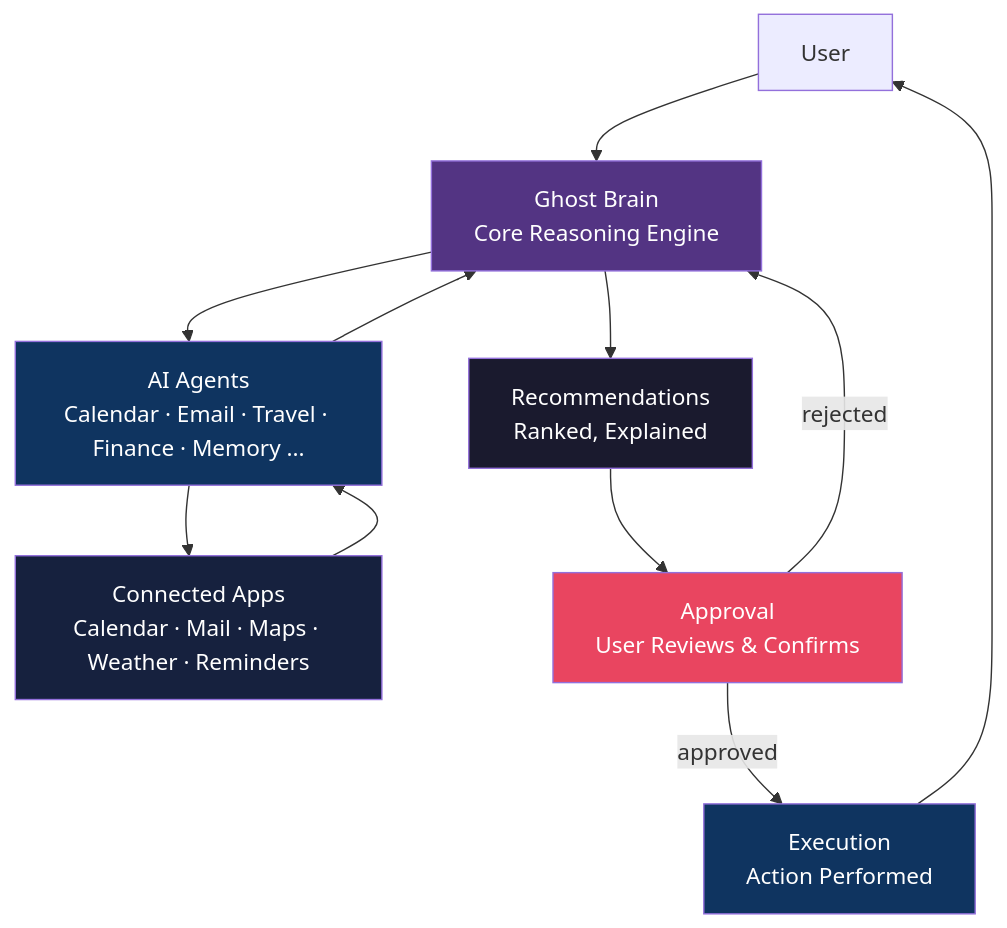
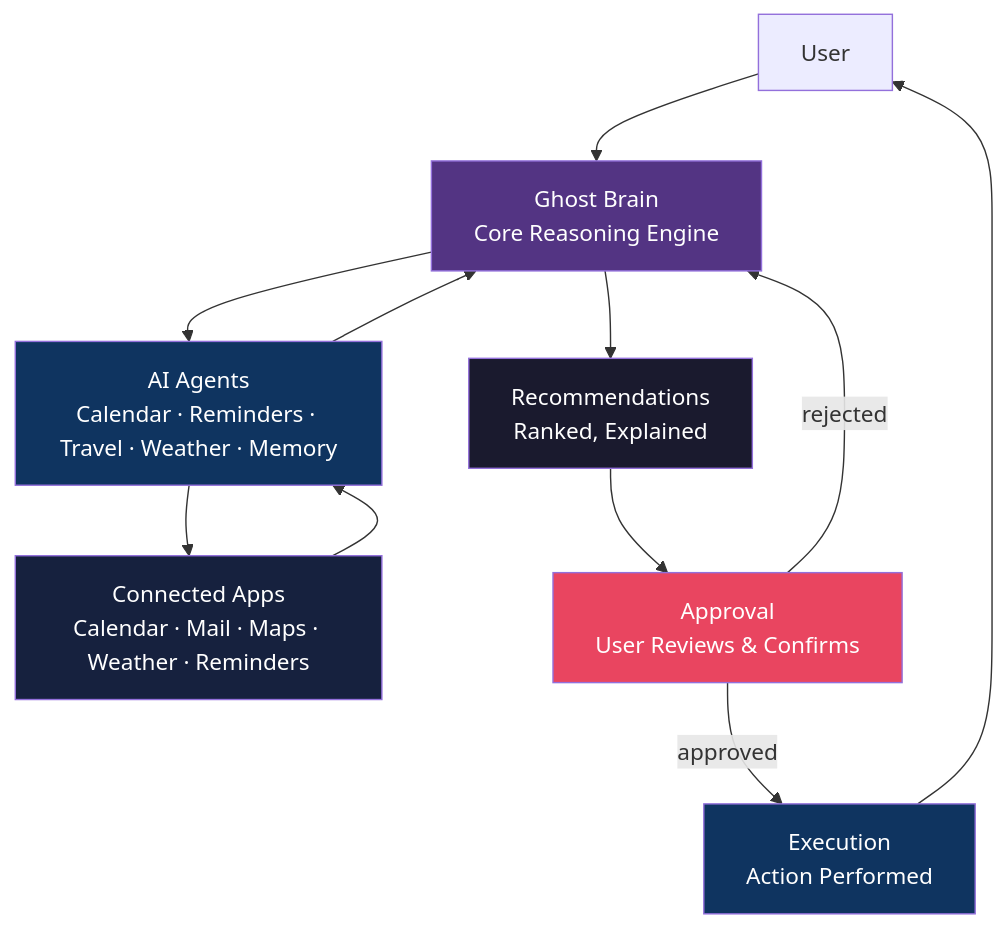
The second of 4 diagrams in README.md (ShieldTech-Ltd/lifepilot), drawn with Mermaid before and after one commit. The commit also changed other lines of this file and 46 other files, not shown here.

````diff
--- a/README.md
+++ b/README.md
@@ -208,28 +207,28 @@
 ```mermaid
 flowchart TD
     U[User]
     GB[Ghost Brain\nCore Reasoning Engine]
-    AG[AI Agents\nCalendar · Email · Travel · Finance · Memory ...]
+    AG[AI Agents\nCalendar · Reminders · Travel · Weather · Memory]
     APPS[Connected Apps\nCalendar · Mail · Maps · Weather · Reminders]
     REC[Recommendations\nRanked, Explained]
     APP[Approval\nUser Reviews & Confirms]
     EX[Execution\nAction Performed]
 
     U --> GB
     GB --> AG
     AG --> APPS
     APPS --> AG
     AG --> GB
     GB --> REC
     REC --> APP
     APP -->|approved| EX
     APP -->|rejected| GB
     EX --> U
 
     style GB fill:#533483,color:#fff
     style AG fill:#0f3460,color:#fff
     style APPS fill:#16213e,color:#fff
     style REC fill:#1a1a2e,color:#fff
     style APP fill:#e94560,color:#fff
     style EX fill:#0f3460,color:#fff
 ```
````
